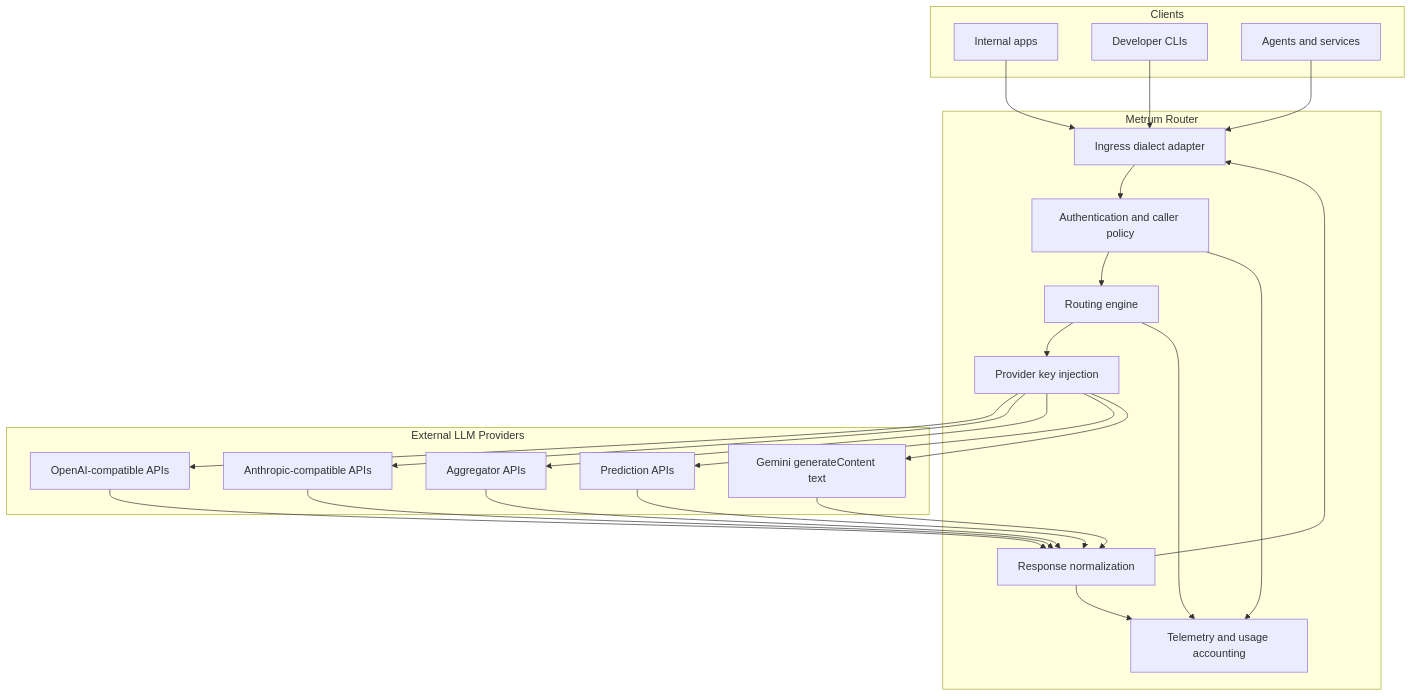
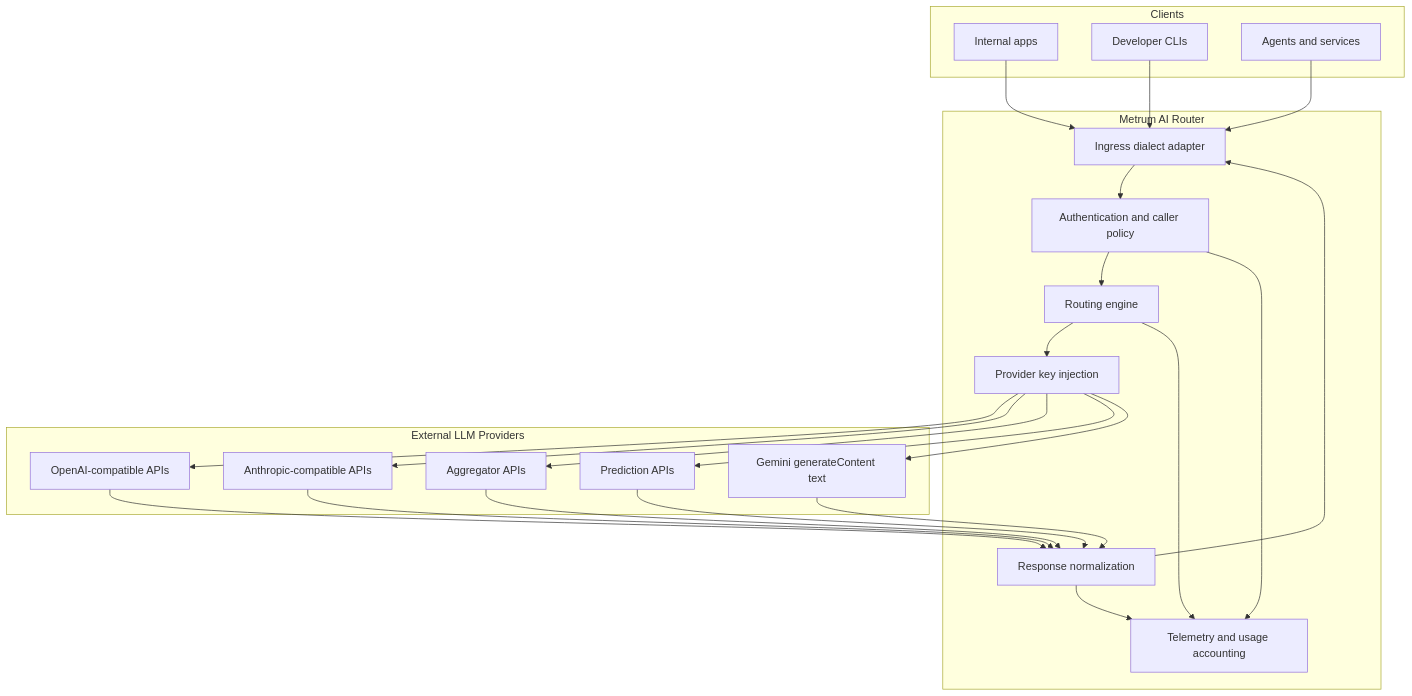
The second of 7 diagrams in docs/solution-brief.md (Metrum-AI-Products/genai-smart-router), drawn with Mermaid before and after one commit. The commit also changed other lines of this file and 43 other files, not shown here.

Commit message:
docs: standardize internal Metrum AI Router branding

````diff
--- a/docs/solution-brief.md
+++ b/docs/solution-brief.md
@@ -78,44 +78,44 @@
 ```mermaid
 flowchart TB
   subgraph Clients
     C1[Internal apps]
     C2[Developer CLIs]
     C3[Agents and services]
   end
 
-  subgraph Router[Metrum Router]
+  subgraph Router[Metrum AI Router]
     I[Ingress dialect adapter]
     A[Authentication and caller policy]
     R[Routing engine]
     K[Provider key injection]
     O[Response normalization]
     T[Telemetry and usage accounting]
   end
 
   subgraph Providers[External LLM Providers]
     OA[OpenAI-compatible APIs]
     AN[Anthropic-compatible APIs]
     OR[Aggregator APIs]
     RP[Prediction APIs]
     GM[Gemini generateContent text]
   end
 
   C1 --> I
   C2 --> I
   C3 --> I
   I --> A --> R --> K
   K --> OA
   K --> AN
   K --> OR
   K --> RP
   K --> GM
   OA --> O
   AN --> O
   OR --> O
   RP --> O
   GM --> O
   O --> I
   A --> T
   R --> T
   O --> T
 ```
````
